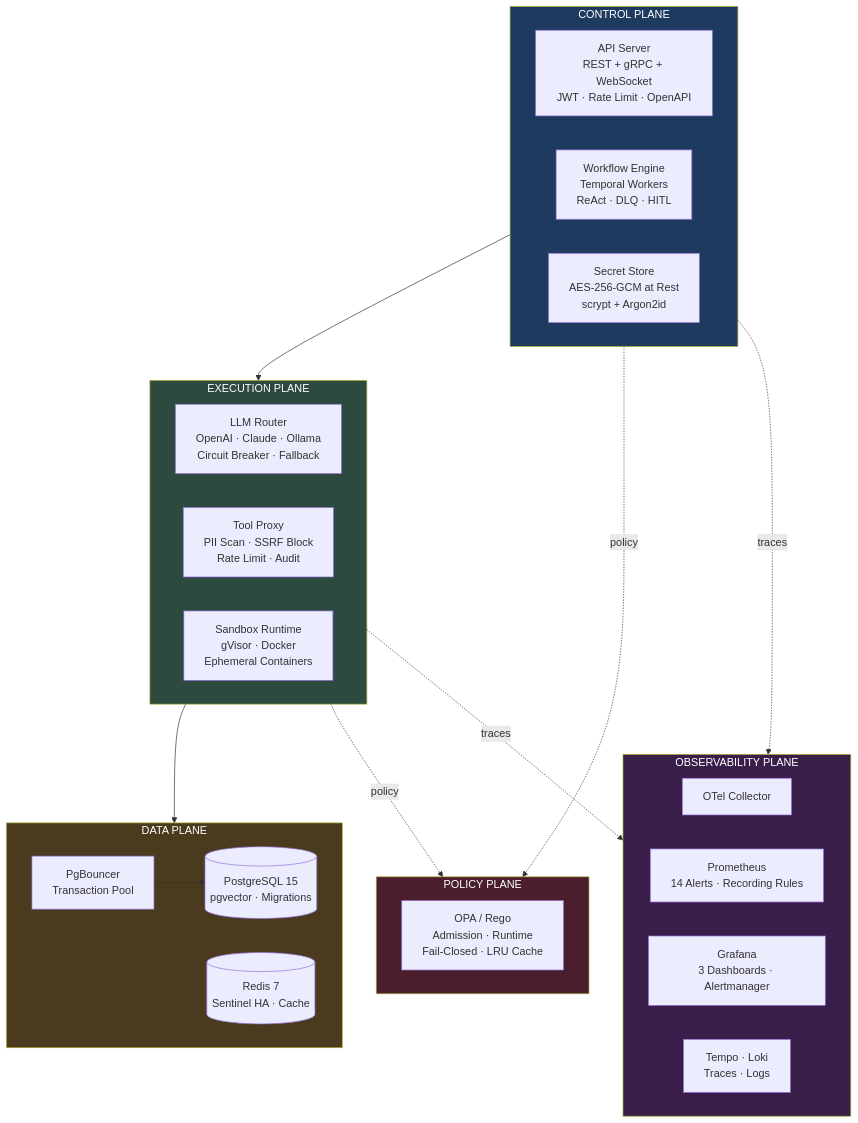
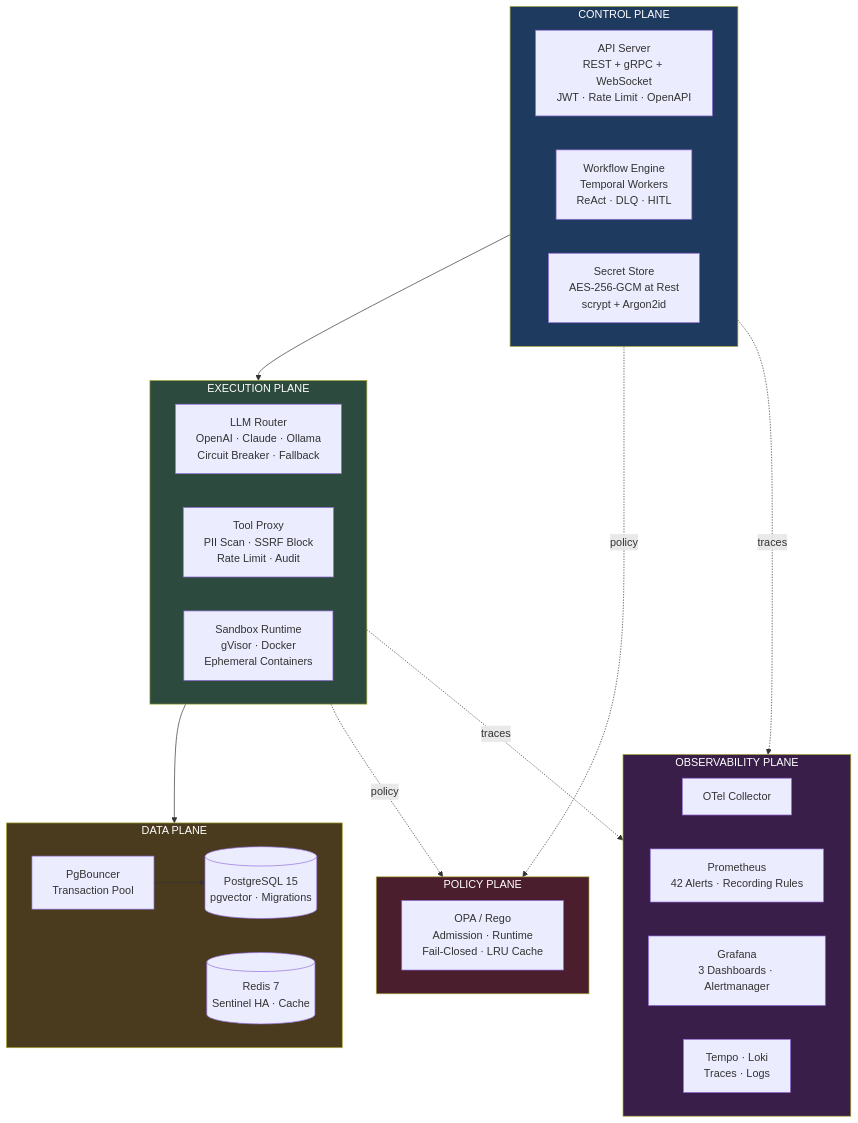
One commit to Ismail-2001/The-Kubernetes-of-AI-Agents changed the diagram in README.md. Above: the diagram before and after it, drawn with Mermaid. The commit also changed other lines of this file, not shown here.

Commit message:
docs: rewrite README — production infrastructure, health contracts, backup, 42 alerts, TLS, ESO

````diff
--- a/README.md
+++ b/README.md
@@ -110,45 +112,45 @@
 ```mermaid
 flowchart TB
     subgraph CP["CONTROL PLANE"]
         API["API Server<br/>REST + gRPC + WebSocket<br/>JWT · Rate Limit · OpenAPI"]
         WF["Workflow Engine<br/>Temporal Workers<br/>ReAct · DLQ · HITL"]
         SEC["Secret Store<br/>AES-256-GCM at Rest<br/>scrypt + Argon2id"]
     end
 
     subgraph EP["EXECUTION PLANE"]
         LLM["LLM Router<br/>OpenAI · Claude · Ollama<br/>Circuit Breaker · Fallback"]
         TOOL["Tool Proxy<br/>PII Scan · SSRF Block<br/>Rate Limit · Audit"]
         SBX["Sandbox Runtime<br/>gVisor · Docker<br/>Ephemeral Containers"]
     end
 
     subgraph DP["DATA PLANE"]
         PG[("PostgreSQL 15<br/>pgvector · Migrations")]
         REDIS[("Redis 7<br/>Sentinel HA · Cache")]
         PGB["PgBouncer<br/>Transaction Pool"]
     end
 
     subgraph PP["POLICY PLANE"]
         OPA["OPA / Rego<br/>Admission · Runtime<br/>Fail-Closed · LRU Cache"]
     end
 
     subgraph OP["OBSERVABILITY PLANE"]
         OTEL["OTel Collector"]
-        PROM["Prometheus<br/>14 Alerts · Recording Rules"]
+        PROM["Prometheus<br/>42 Alerts · Recording Rules"]
         GRAF["Grafana<br/>3 Dashboards · Alertmanager"]
         TEMPO["Tempo · Loki<br/>Traces · Logs"]
     end
 
     CP --> EP
     EP --> DP
     PGB --> PG
     CP -. policy .-> PP
     EP -. policy .-> PP
     CP -. traces .-> OP
     EP -. traces .-> OP
 
     style CP fill:#1e3a5f,color:#fff
     style EP fill:#2d4a3e,color:#fff
     style DP fill:#4a3a1e,color:#fff
     style PP fill:#4a1e2d,color:#fff
     style OP fill:#3a1e4a,color:#fff
 ```
````
